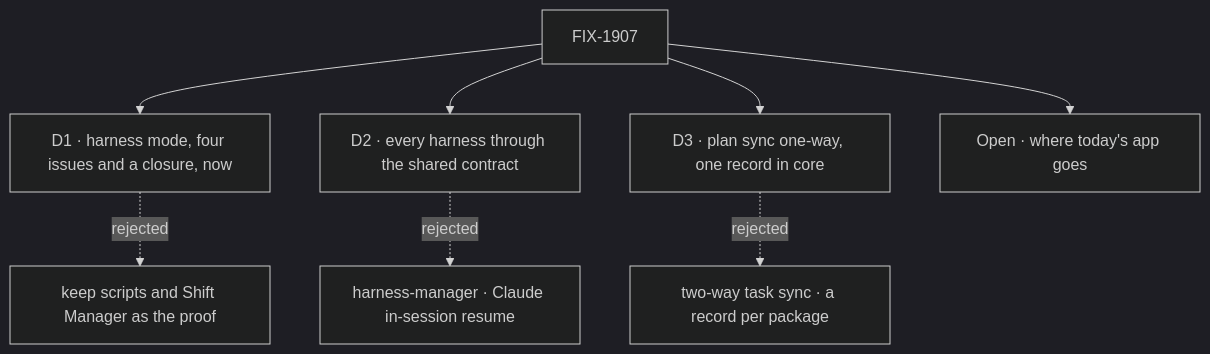
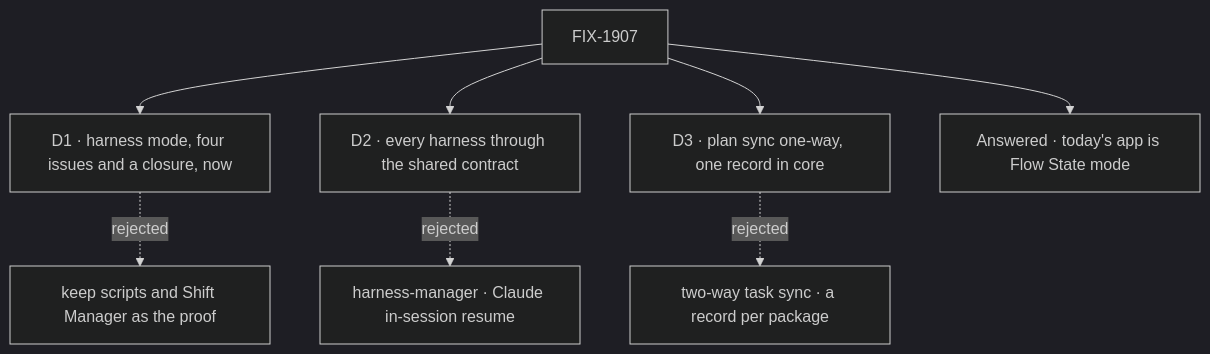
Before and after one commit to fixpoint-labs/flow-state-dev: the diagram in specs/epics/FIX-1907/DECISIONS.md, drawn with Mermaid (dark theme). The commit also changed other lines of this file and 27 other files, not shown here.

````diff
--- a/specs/epics/FIX-1907/DECISIONS.md
+++ b/specs/epics/FIX-1907/DECISIONS.md
@@ -10,10 +10,10 @@
 ```mermaid
 flowchart TD
   E["FIX-1907"] --> D1["D1 · harness mode, four issues and a closure, now"]
   D1 -.->|"rejected"| X1["keep scripts and Shift Manager as the proof"]
   E --> D2["D2 · every harness through the shared contract"]
   D2 -.->|"rejected"| X2["harness-manager · Claude in-session resume"]
   E --> D3["D3 · plan sync one-way, one record in core"]
   D3 -.->|"rejected"| X3["two-way task sync · a record per package"]
-  E --> Q1["Open · where today's app goes"]
+  E --> Q1["Answered · today's app is Flow State mode"]
 ```
````
